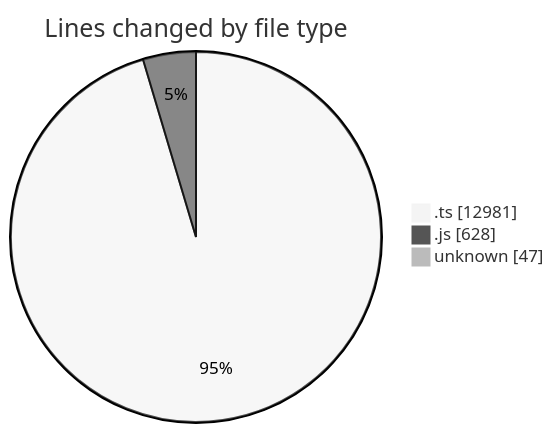
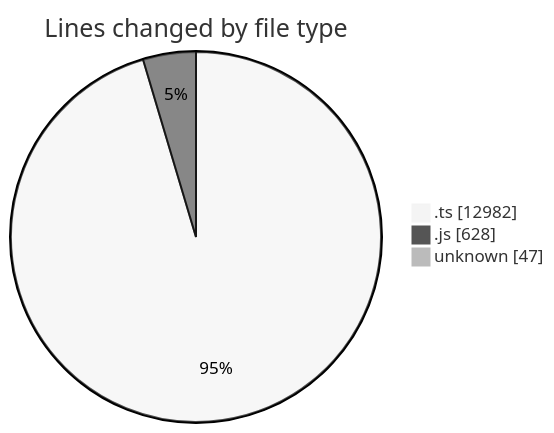
Before and after one commit to momahboobian/code-tracking: the first of 2 diagrams in 2025-09-05/cda/README.md, drawn with Mermaid (neutral theme). The commit also changed other lines of this file and 1 other file, not shown here.

````diff
--- a/2025-09-05/cda/README.md
+++ b/2025-09-05/cda/README.md
@@ -27,7 +27,7 @@
 ```mermaid
 pie showData
 title Lines changed by file type
-".ts" : 12981
+".ts" : 12982
 ".js" : 628
 "unknown" : 47
 ```
````
